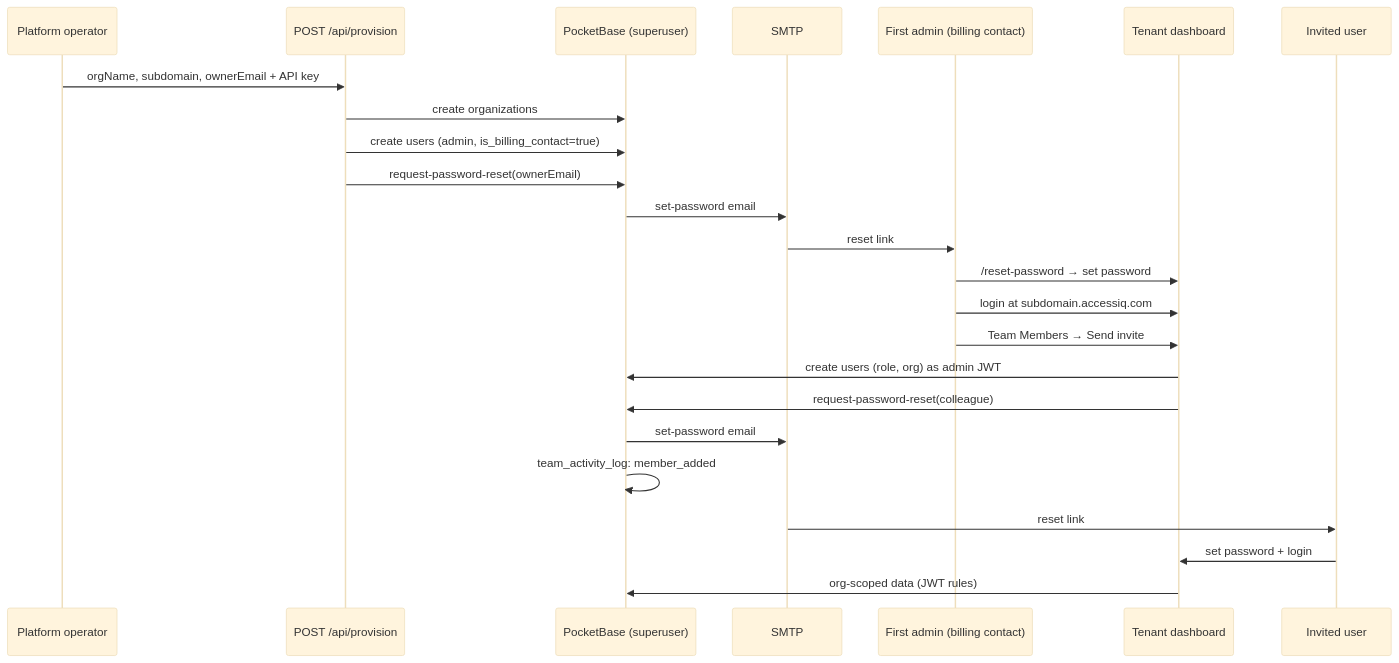
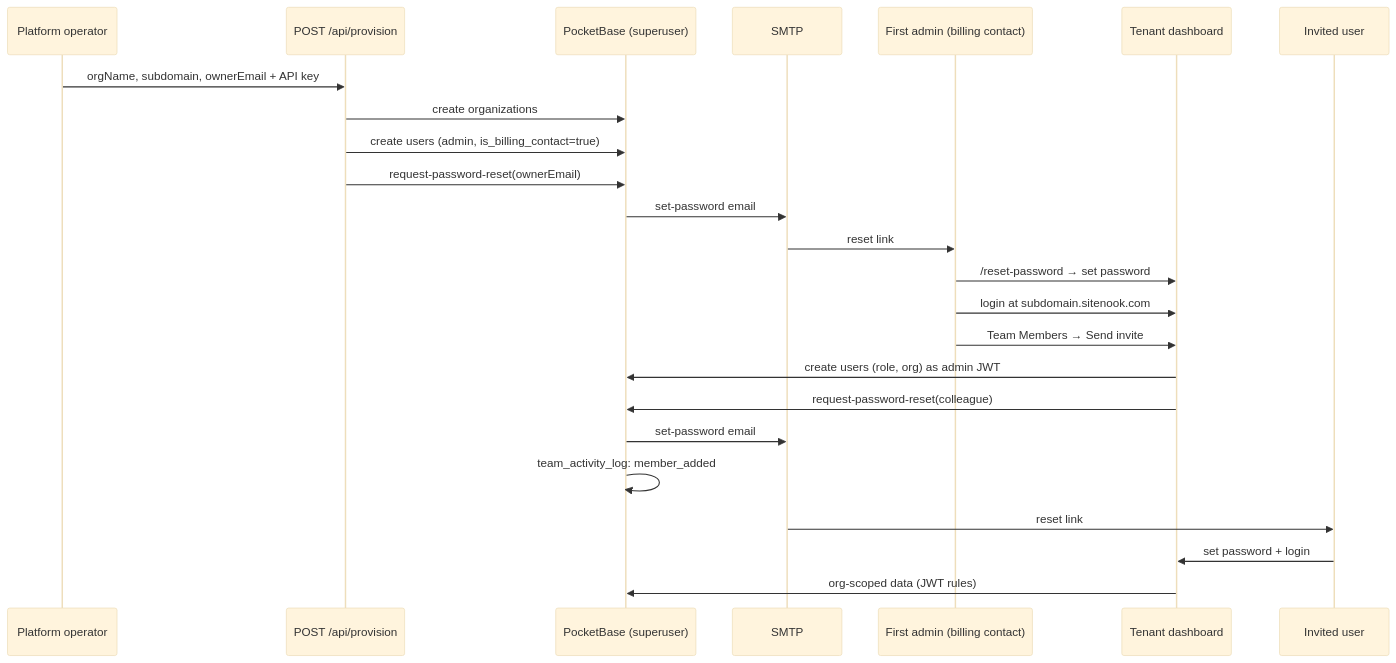
Before and after one commit to phatphillips/SiteNook: the diagram in docs/platform/onboarding.md, drawn with Mermaid (base theme). The commit also changed other lines of this file and 1040 other files, not shown here.

````diff
--- a/docs/platform/onboarding.md
+++ b/docs/platform/onboarding.md
@@ -105,28 +106,28 @@
 ```mermaid
 sequenceDiagram
   participant Op as Platform operator
   participant API as POST /api/provision
   participant PB as PocketBase (superuser)
   participant Mail as SMTP
   participant Admin as First admin (billing contact)
   participant Web as Tenant dashboard
   participant Colleague as Invited user
 
   Op->>API: orgName, subdomain, ownerEmail + API key
   API->>PB: create organizations
   API->>PB: create users (admin, is_billing_contact=true)
   API->>PB: request-password-reset(ownerEmail)
   PB->>Mail: set-password email
   Mail->>Admin: reset link
   Admin->>Web: /reset-password → set password
-  Admin->>Web: login at subdomain.accessiq.com
+  Admin->>Web: login at subdomain.sitenook.com
 
   Admin->>Web: Team Members → Send invite
   Web->>PB: create users (role, org) as admin JWT
   Web->>PB: request-password-reset(colleague)
   PB->>Mail: set-password email
   PB->>PB: team_activity_log: member_added
   Mail->>Colleague: reset link
   Colleague->>Web: set password + login
   Web->>PB: org-scoped data (JWT rules)
 ```
````
